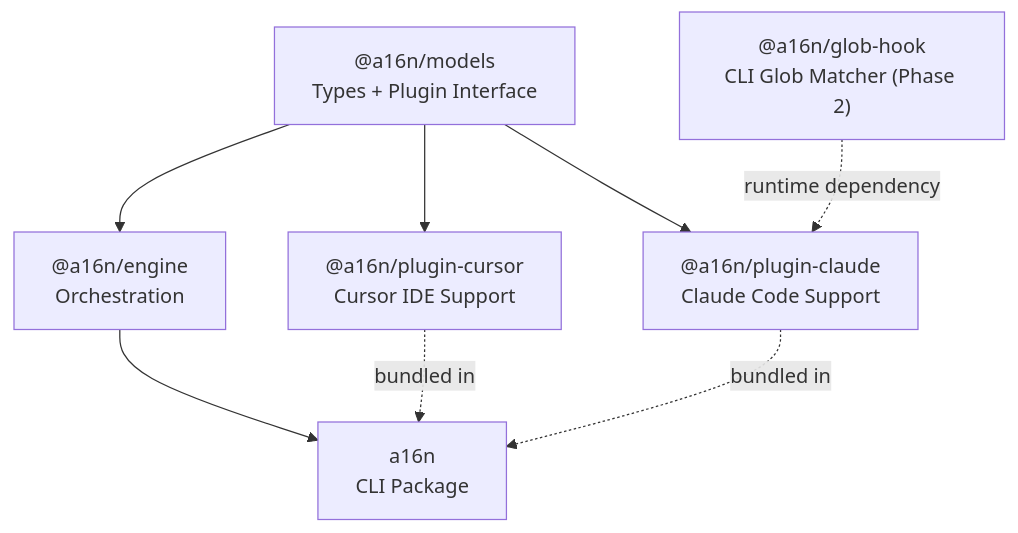
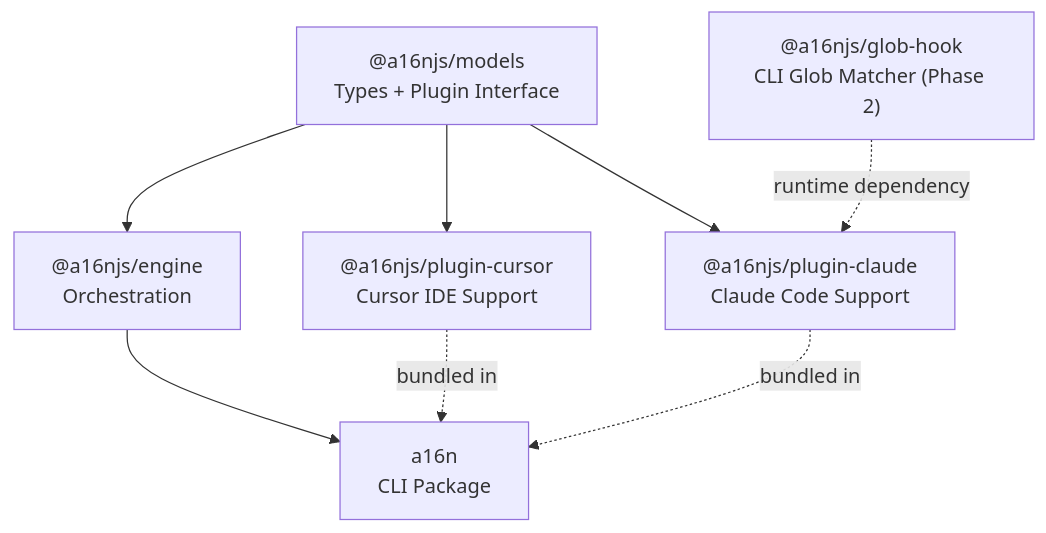
One commit to Texarkanine/a16n changed the diagram in planning/ARCHITECTURE.md. Above: the diagram before and after it, drawn with Mermaid. The commit also changed other lines of this file and 50 other files, not shown here.

````diff
--- a/planning/ARCHITECTURE.md
+++ b/planning/ARCHITECTURE.md
@@ -26,17 +26,17 @@
 ```mermaid
 flowchart TD
-    models["@a16n/models<br/>Types + Plugin Interface"]
-    engine["@a16n/engine<br/>Orchestration"]
-    cursor["@a16n/plugin-cursor<br/>Cursor IDE Support"]
-    claude["@a16n/plugin-claude<br/>Claude Code Support"]
-    globhook["@a16n/glob-hook<br/>CLI Glob Matcher (Phase 2)"]
+    models["@a16njs/models<br/>Types + Plugin Interface"]
+    engine["@a16njs/engine<br/>Orchestration"]
+    cursor["@a16njs/plugin-cursor<br/>Cursor IDE Support"]
+    claude["@a16njs/plugin-claude<br/>Claude Code Support"]
+    globhook["@a16njs/glob-hook<br/>CLI Glob Matcher (Phase 2)"]
     cli["a16n<br/>CLI Package"]
 
     models --> engine
     models --> cursor
     models --> claude
     engine --> cli
     cursor -.->|"bundled in"| cli
     claude -.->|"bundled in"| cli
     globhook -.->|"runtime dependency"| claude
 ```
````
